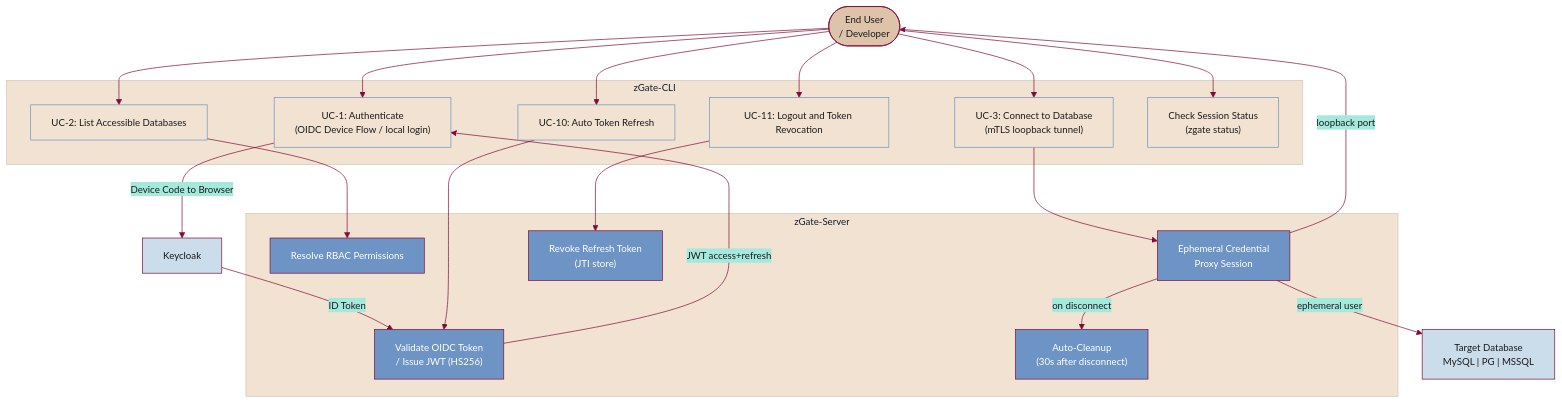
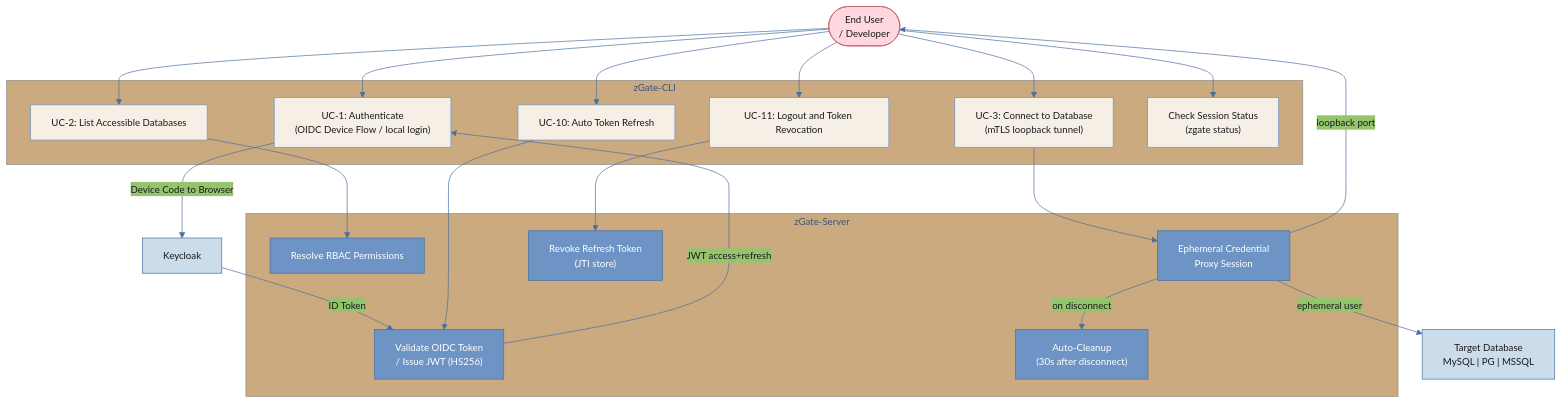
Before and after one commit to lll-michael-lll/Graduation-Project-Documentation: the diagram in diagrams/fig4_2_enduser.mmd, drawn with Mermaid. The commit also changed 20 other files, not shown here.

First line of the commit message:
feat(docs): update diagram palettes, shrink figs 5.3+5.5, concise captions, fix TOC/LOF/LOT

```diff
--- a/diagrams/fig4_2_enduser.mmd
+++ b/diagrams/fig4_2_enduser.mmd
@@ -1,60 +1,58 @@
 %%{init: {
   "theme": "base",
   "themeVariables": {
     "primaryColor": "#6D94C5",
     "primaryTextColor": "#1a1a1a",
-    "primaryBorderColor": "#810B38",
-    "lineColor": "#810B38",
-    "secondaryColor": "#A5E9DD",
-    "tertiaryColor": "#F1E2D1",
+    "primaryBorderColor": "#4a6fa0",
+    "lineColor": "#4a6fa0",
     "fontFamily": "Liberation Sans, Arial, sans-serif",
     "fontSize": "14px"
   }
 }}%%
 flowchart TD
-    classDef actor   fill:#DCC3AA,stroke:#810B38,color:#1a1a1a
-    classDef usecase fill:#F1E2D1,stroke:#6D94C5,color:#1a1a1a
-    classDef system  fill:#6D94C5,stroke:#810B38,color:#fff
-    classDef ext     fill:#CBDCEB,stroke:#810B38,color:#1a1a1a
+    classDef actor   fill:#FFD8DF,stroke:#c0626e,color:#1a1a1a
+    classDef usecase fill:#F5EFE6,stroke:#6D94C5,color:#1a1a1a
+    classDef system  fill:#6D94C5,stroke:#4a6fa0,color:#fff
+    classDef ext     fill:#CBDCEB,stroke:#4a6fa0,color:#1a1a1a
 
     EU(["End User\n/ Developer"]):::actor
 
     subgraph CLI_LAYER ["zGate-CLI"]
         UC1["UC-1: Authenticate\n(OIDC Device Flow / local login)"]:::usecase
         UC2["UC-2: List Accessible Databases"]:::usecase
         UC3["UC-3: Connect to Database\n(mTLS loopback tunnel)"]:::usecase
         UC10["UC-10: Auto Token Refresh"]:::usecase
         UC11["UC-11: Logout and Token Revocation"]:::usecase
         UC_STATUS["Check Session Status\n(zgate status)"]:::usecase
     end
 
     subgraph GW_LAYER ["zGate-Server"]
         GW_AUTH["Validate OIDC Token\n/ Issue JWT (HS256)"]:::system
         GW_PERM["Resolve RBAC Permissions"]:::system
         GW_PROXY["Ephemeral Credential\nProxy Session"]:::system
         GW_CLEANUP["Auto-Cleanup\n(30s after disconnect)"]:::system
         GW_REVOKE["Revoke Refresh Token\n(JTI store)"]:::system
     end
 
     KC["Keycloak"]:::ext
     DB["Target Database\nMySQL | PG | MSSQL"]:::ext
 
     EU --> UC1
     EU --> UC2
     EU --> UC3
     EU --> UC10
     EU --> UC11
     EU --> UC_STATUS
 
     UC1 -->|"Device Code to Browser"| KC
     KC -->|"ID Token"| GW_AUTH
     GW_AUTH -->|"JWT access+refresh"| UC1
 
     UC2 --> GW_PERM
     UC3 --> GW_PROXY
     GW_PROXY -->|"ephemeral user"| DB
     GW_PROXY -->|"loopback port"| EU
 
     UC10 --> GW_AUTH
     UC11 --> GW_REVOKE
     GW_PROXY -->|"on disconnect"| GW_CLEANUP
```
